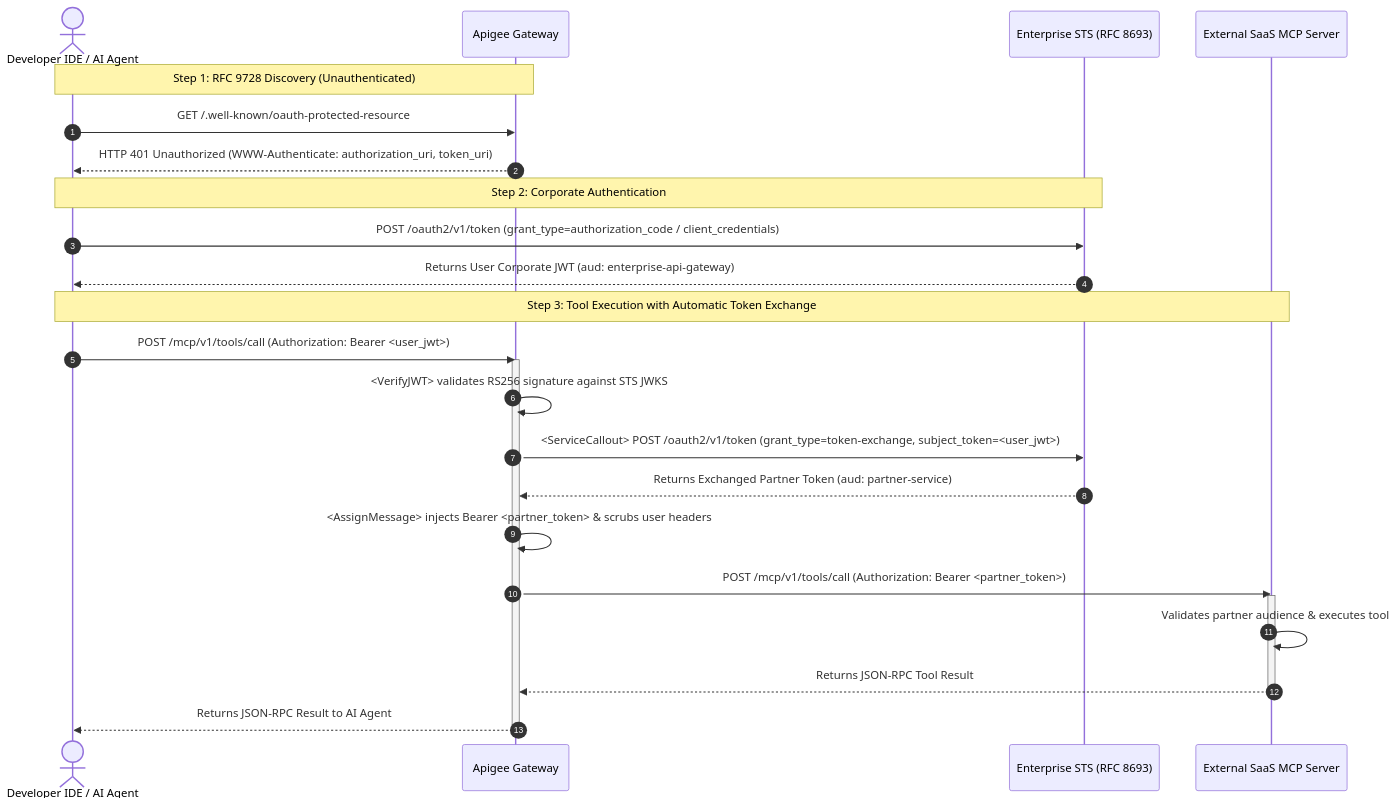
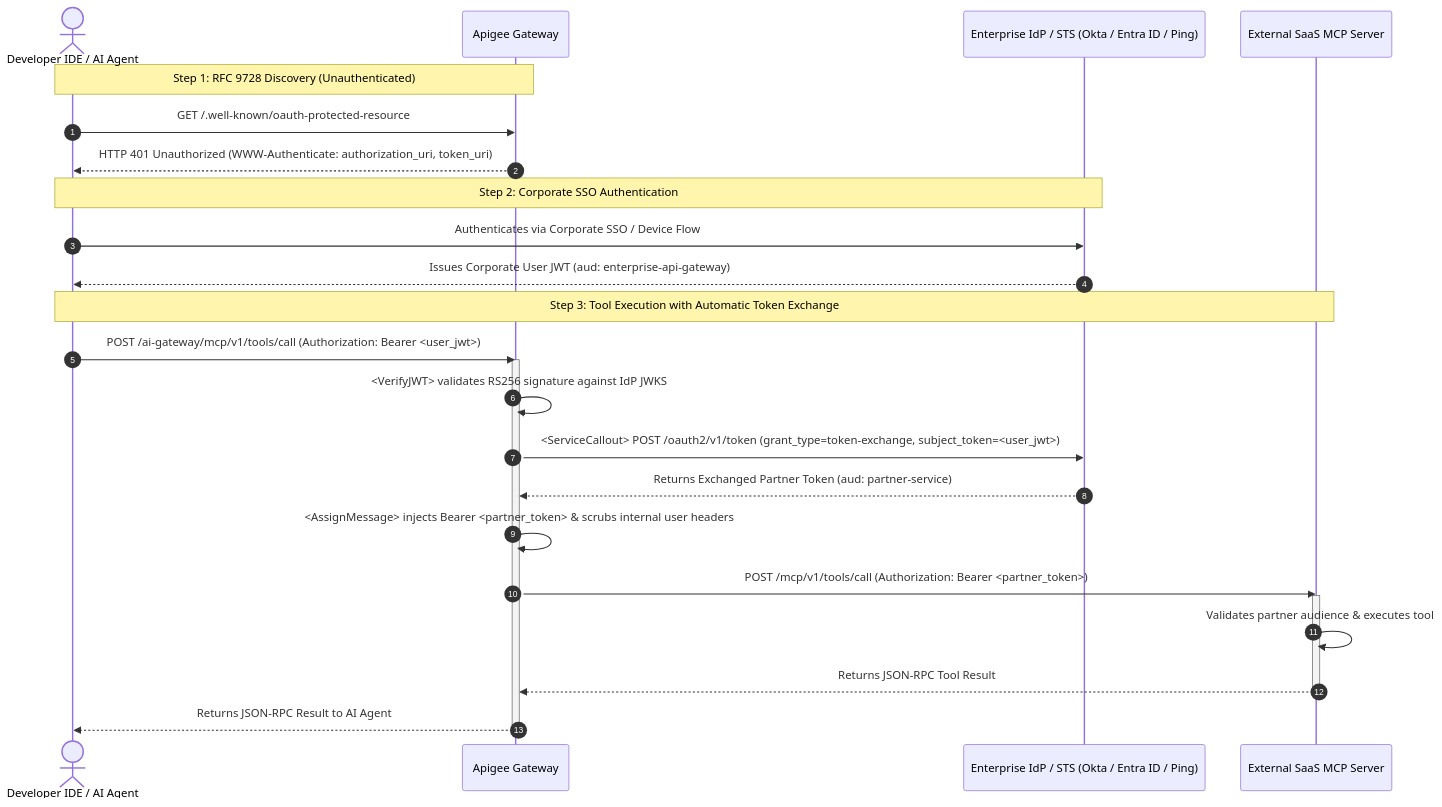
One commit to krisrowe/apigee-mcp-token-exchange changed the diagram in README.md. Above: the diagram before and after it, drawn with Mermaid. The commit also changed other lines of this file, not shown here.

Commit message:
docs: add token transformation comparison and client ide configuration

````diff
--- a/README.md
+++ b/README.md
@@ -21,31 +37,31 @@
 ```mermaid
 sequenceDiagram
     autonumber
     actor Developer as Developer IDE / AI Agent
     participant Apigee as Apigee Gateway
-    participant STS as Enterprise STS (RFC 8693)
+    participant IdP as Enterprise IdP / STS (Okta / Entra ID / Ping)
     participant Partner as External SaaS MCP Server
 
     Note over Developer,Apigee: Step 1: RFC 9728 Discovery (Unauthenticated)
     Developer->>Apigee: GET /.well-known/oauth-protected-resource
     Apigee-->>Developer: HTTP 401 Unauthorized (WWW-Authenticate: authorization_uri, token_uri)
 
-    Note over Developer,STS: Step 2: Corporate Authentication
-    Developer->>STS: POST /oauth2/v1/token (grant_type=authorization_code / client_credentials)
-    STS-->>Developer: Returns User Corporate JWT (aud: enterprise-api-gateway)
+    Note over Developer,IdP: Step 2: Corporate SSO Authentication
+    Developer->>IdP: Authenticates via Corporate SSO / Device Flow
+    IdP-->>Developer: Issues Corporate User JWT (aud: enterprise-api-gateway)
 
     Note over Developer,Partner: Step 3: Tool Execution with Automatic Token Exchange
-    Developer->>Apigee: POST /mcp/v1/tools/call (Authorization: Bearer <user_jwt>)
+    Developer->>Apigee: POST /ai-gateway/mcp/v1/tools/call (Authorization: Bearer <user_jwt>)
     activate Apigee
-    Apigee->>Apigee: <VerifyJWT> validates RS256 signature against STS JWKS
-    Apigee->>STS: <ServiceCallout> POST /oauth2/v1/token (grant_type=token-exchange, subject_token=<user_jwt>)
-    STS-->>Apigee: Returns Exchanged Partner Token (aud: partner-service)
-    Apigee->>Apigee: <AssignMessage> injects Bearer <partner_token> & scrubs user headers
+    Apigee->>Apigee: <VerifyJWT> validates RS256 signature against IdP JWKS
+    Apigee->>IdP: <ServiceCallout> POST /oauth2/v1/token (grant_type=token-exchange, subject_token=<user_jwt>)
+    IdP-->>Apigee: Returns Exchanged Partner Token (aud: partner-service)
+    Apigee->>Apigee: <AssignMessage> injects Bearer <partner_token> & scrubs internal user headers
     Apigee->>Partner: POST /mcp/v1/tools/call (Authorization: Bearer <partner_token>)
     activate Partner
     Partner->>Partner: Validates partner audience & executes tool
     Partner-->>Apigee: Returns JSON-RPC Tool Result
     deactivate Partner
     Apigee-->>Developer: Returns JSON-RPC Result to AI Agent
     deactivate Apigee
 ```
````
